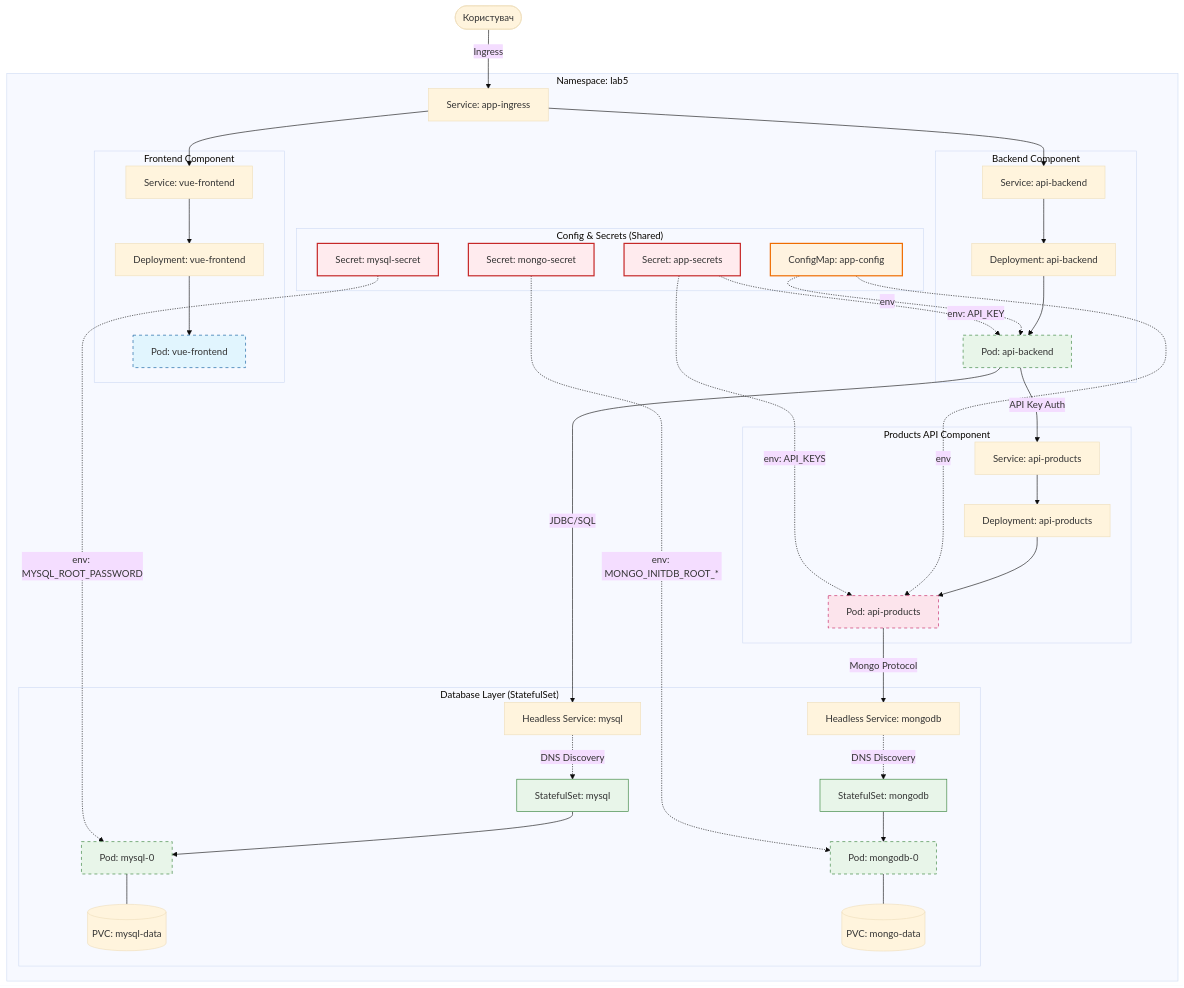
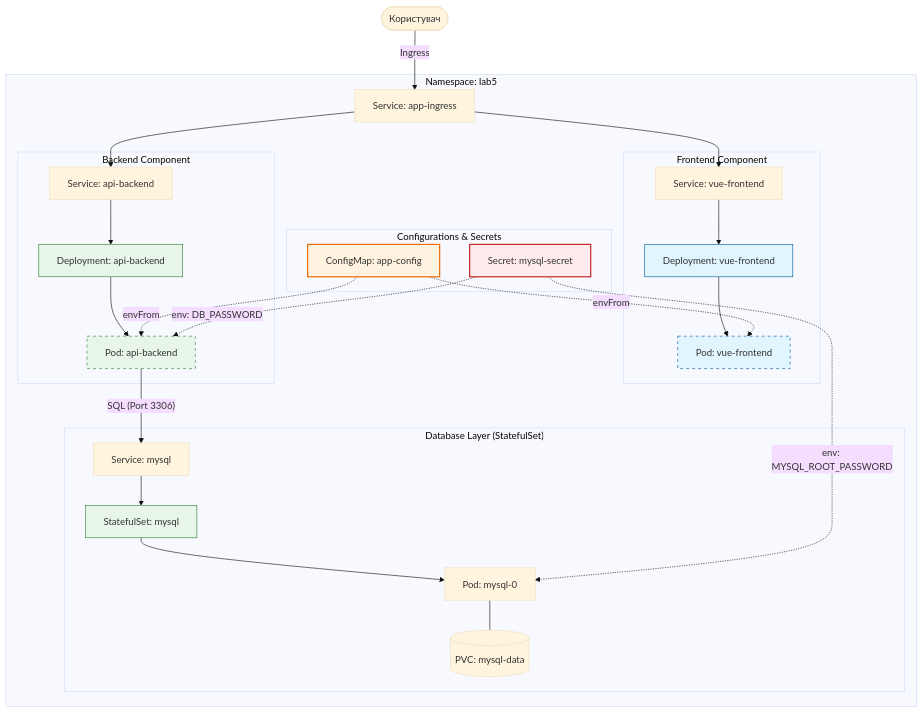
One commit to lisnayk/kubernetes-basics changed the second of 2 diagrams in labs/lab5/Readme.md. Above: the diagram before and after it, drawn with Mermaid (base theme). The commit also changed other lines of this file and 49 other files, not shown here.

Commit message:
Remove outdated MongoDB StatefulSet YAMLs, add new Kubernetes configurations for ClusterIP, NodePort services, frontend deployment, and network policies. Update lab and lecture Readmes to reflect changes.

````diff
--- a/labs/lab5/Readme.md
+++ b/labs/lab5/Readme.md
@@ -14,76 +32,45 @@
 ```mermaid
 graph TD
     User([Користувач]) -- "Ingress" --> Ingress_Svc[Service: app-ingress]
 
     subgraph "Namespace: lab5"
         Ingress_Svc --> FE_Svc[Service: vue-frontend]
         Ingress_Svc --> BE_Svc[Service: api-backend]
         
         subgraph "Frontend Component"
             FE_Svc --> FE_Deploy[Deployment: vue-frontend]
             FE_Deploy --> FE_Pod[Pod: vue-frontend]
         end
 
         subgraph "Backend Component"
             BE_Svc --> BE_Deploy[Deployment: api-backend]
             BE_Deploy --> BE_Pod[Pod: api-backend]
         end
         
-        subgraph "Products API Component"
-            BE_Pod -- "API Key Auth" --> APIP_Svc[Service: api-products]
-            APIP_Svc --> APIP_Deploy[Deployment: api-products]
-            APIP_Deploy --> APIP_Pod[Pod: api-products]
+        subgraph "Database Layer (StatefulSet)"
+            BE_Pod -- "SQL (Port 3306)" --> MySQL_Svc[Service: mysql]
+            MySQL_Svc --> MySQL_SS[StatefulSet: mysql]
+            MySQL_SS --> MySQL_Pod[Pod: mysql-0]
+            MySQL_Pod --- MySQL_PVC[(PVC: mysql-data)]
         end
 
-        subgraph "Database Layer (StatefulSet)"
-            MySQL_Svc[Headless Service: mysql]
-            MySQL_SS[StatefulSet: mysql]
-            MySQL_Pod[Pod: mysql-0]
-            MySQL_PVC[(PVC: mysql-data)]
+        subgraph "Configurations & Secrets"
+            CM[ConfigMap: app-config]
+            Sec[Secret: mysql-secret]
             
-            Mongo_Svc[Headless Service: mongodb]
-            Mongo_SS[StatefulSet: mongodb]
-            Mongo_Pod[Pod: mongodb-0]
-            Mongo_PVC[(PVC: mongo-data)]
-
-            MySQL_Svc -. "DNS Discovery" .-> MySQL_SS
-            MySQL_SS --> MySQL_Pod
-            MySQL_Pod --- MySQL_PVC
-
-            Mongo_Svc -. "DNS Discovery" .-> Mongo_SS
-            Mongo_SS --> Mongo_Pod
-            Mongo_Pod --- Mongo_PVC
+            CM -. "envFrom" .-> FE_Pod
+            CM -. "envFrom" .-> BE_Pod
+            Sec -. "env: MYSQL_ROOT_PASSWORD" .-> MySQL_Pod
+            Sec -. "env: DB_PASSWORD" .-> BE_Pod
         end
-
-        BE_Pod -- "JDBC/SQL" --> MySQL_Svc
-        APIP_Pod -- "Mongo Protocol" --> Mongo_Svc
-
-        subgraph "Config & Secrets (Shared)"
-            CM[ConfigMap: app-config]
-            Sec[Secret: app-secrets]
-            MySQL_Secret[Secret: mysql-secret]
-            Mongo_Secret[Secret: mongo-secret]
-        end
-
-        MySQL_Secret -. "env: MYSQL_ROOT_PASSWORD" .-> MySQL_Pod
-        Mongo_Secret -. "env: MONGO_INITDB_ROOT_*" .-> Mongo_Pod
-
-        CM -. "env" .-> BE_Pod
-        CM -. "env" .-> APIP_Pod
-        Sec -. "env: API_KEY" .-> BE_Pod
-        Sec -. "env: API_KEYS" .-> APIP_Pod
     end
 
     %% Styles
-    style MySQL_Secret fill:#ffebee,stroke:#c62828,stroke-width:2px
-    style Mongo_Secret fill:#ffebee,stroke:#c62828,stroke-width:2px
-    style MySQL_SS fill:#e8f5e9,stroke:#2e7d32
-    style Mongo_SS fill:#e8f5e9,stroke:#2e7d32
-    style MySQL_Pod fill:#e8f5e9,stroke:#2e7d32,stroke-dasharray: 5 5
-    style Mongo_Pod fill:#e8f5e9,stroke:#2e7d32,stroke-dasharray: 5 5
     style CM fill:#fff3e0,stroke:#ef6c00,stroke-width:2px
     style Sec fill:#ffebee,stroke:#c62828,stroke-width:2px
+    style FE_Deploy fill:#e1f5fe,stroke:#01579b
+    style BE_Deploy fill:#e8f5e9,stroke:#2e7d32
+    style MySQL_SS fill:#e8f5e9,stroke:#2e7d32
+    style FE_Pod fill:#e1f5fe,stroke:#01579b,stroke-dasharray: 5 5
     style BE_Pod fill:#e8f5e9,stroke:#2e7d32,stroke-dasharray: 5 5
-    style APIP_Pod fill:#fce4ec,stroke:#c2185b,stroke-dasharray: 5 5
-    style FE_Pod fill:#e1f5fe,stroke:#01579b,stroke-dasharray: 5 5
 ```
````
